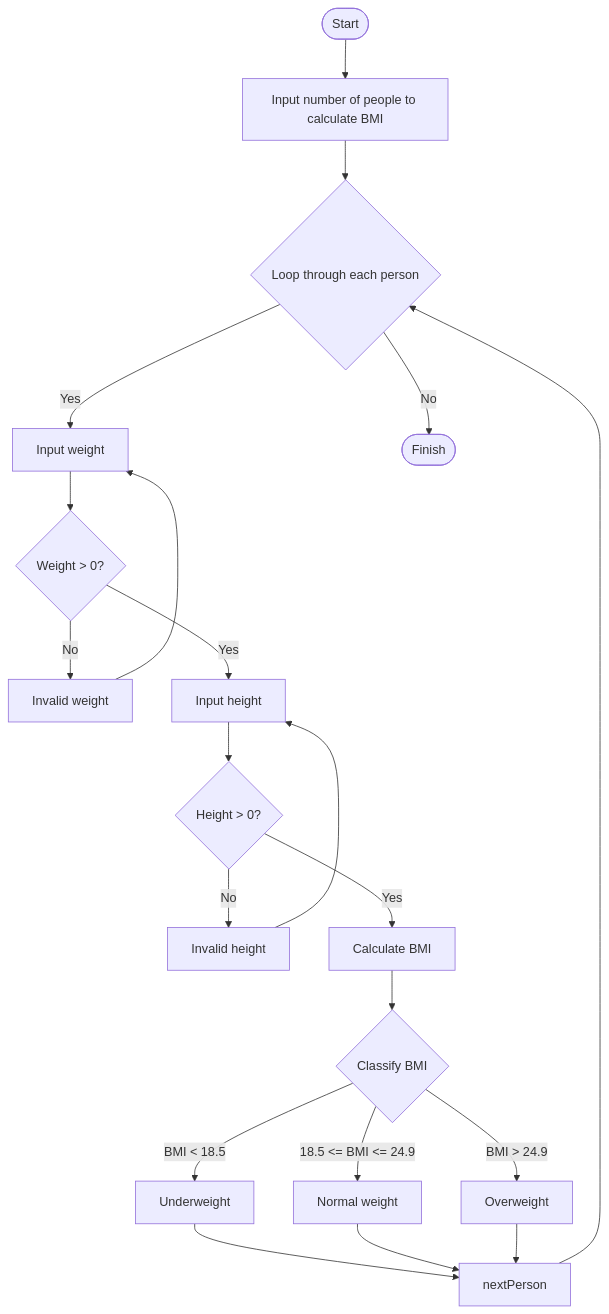
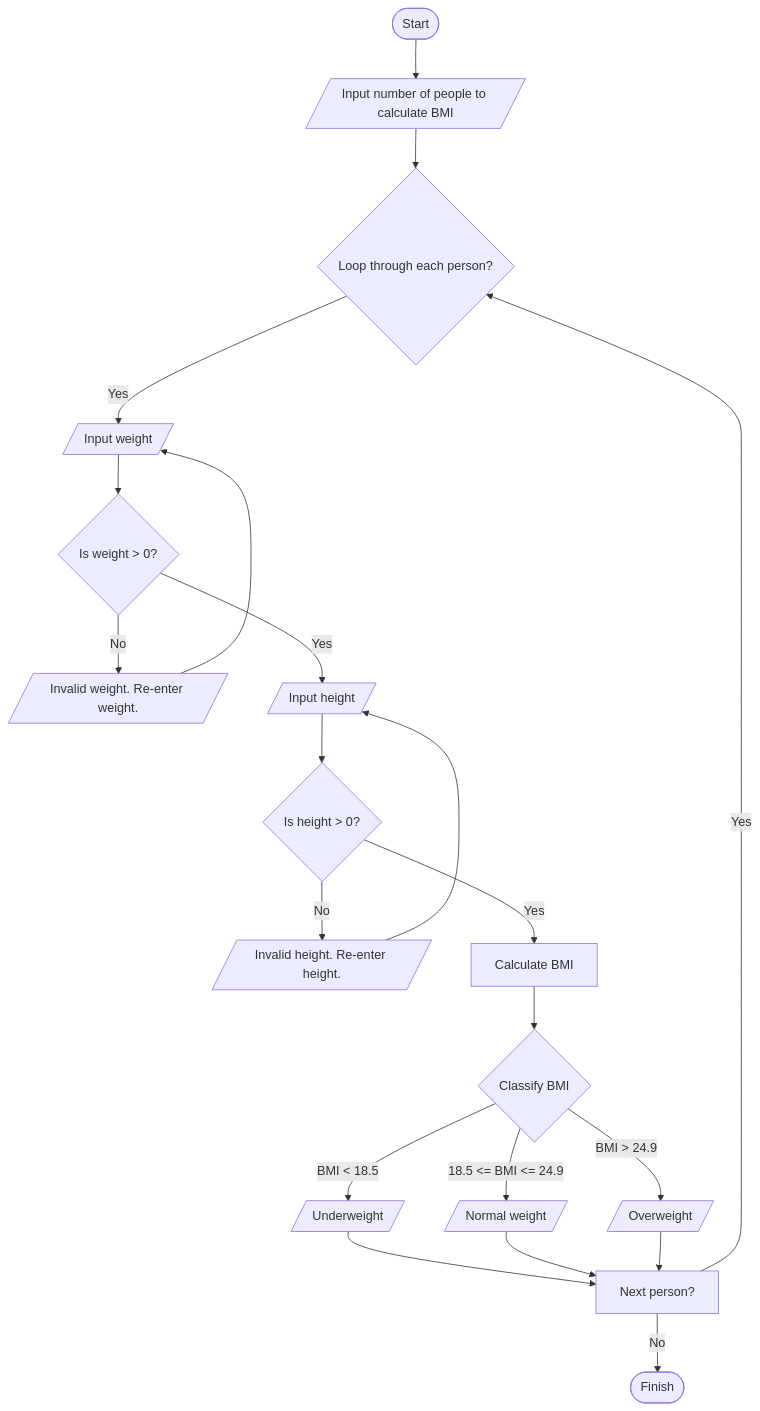
One commit to SWEG-2016EC-Batch/Technocrat changed the diagram in ETS1324_Surafel_Sintayehu/bmi_calc.md. Above: the diagram before and after it, drawn with Mermaid.

````diff
--- a/ETS1324_Surafel_Sintayehu/bmi_calc.md
+++ b/ETS1324_Surafel_Sintayehu/bmi_calc.md
@@ -33,23 +33,26 @@
 ```mermaid
 flowchart TD
-    start([Start]) --> inputNum[Input number of people to calculate BMI]
-    inputNum --> loopStart{Loop through each person}
-    loopStart -->|Yes| inputWeight[Input weight]
-    inputWeight --> validateWeight{Weight > 0?}
-    validateWeight -->|No| weightError[Invalid weight] --> inputWeight
-    validateWeight -->|Yes| inputHeight[Input height]
-    inputHeight --> validateHeight{Height > 0?}
-    validateHeight -->|No| heightError[Invalid height] --> inputHeight
+    start([Start]) --> inputNum[/Input number of people to calculate BMI/]
+    inputNum --> loopStart{Loop through each person?}
+    loopStart -->|Yes| inputWeight[/Input weight/]
+    inputWeight --> validateWeight{Is weight > 0?}
+    validateWeight -->|No| weightError[/Invalid weight. Re-enter weight./]
+    weightError --> inputWeight
+    validateWeight -->|Yes| inputHeight[/Input height/]
+    inputHeight --> validateHeight{Is height > 0?}
+    validateHeight -->|No| heightError[/Invalid height. Re-enter height./]
+    heightError --> inputHeight
     validateHeight -->|Yes| calculateBMI[Calculate BMI]
     calculateBMI --> classifyBMI{Classify BMI}
-    classifyBMI -->|BMI < 18.5| underweight[Underweight]
-    classifyBMI -->|18.5 <= BMI <= 24.9| normal[Normal weight]
-    classifyBMI -->|BMI > 24.9| overweight[Overweight]
-    underweight --> nextPerson
+    classifyBMI -->|BMI < 18.5| underweight[/Underweight/]
+    classifyBMI -->|18.5 <= BMI <= 24.9| normal[/Normal weight/]
+    classifyBMI -->|BMI > 24.9| overweight[/Overweight/]
+    underweight --> nextPerson[Next person?]
     normal --> nextPerson
     overweight --> nextPerson
-    nextPerson --> loopStart
-    loopStart -->|No| finish([Finish])
+    nextPerson -->|Yes| loopStart
+    nextPerson -->|No| finish([Finish])
+
 
 
 ```  
````
